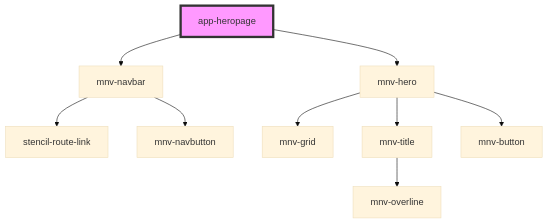
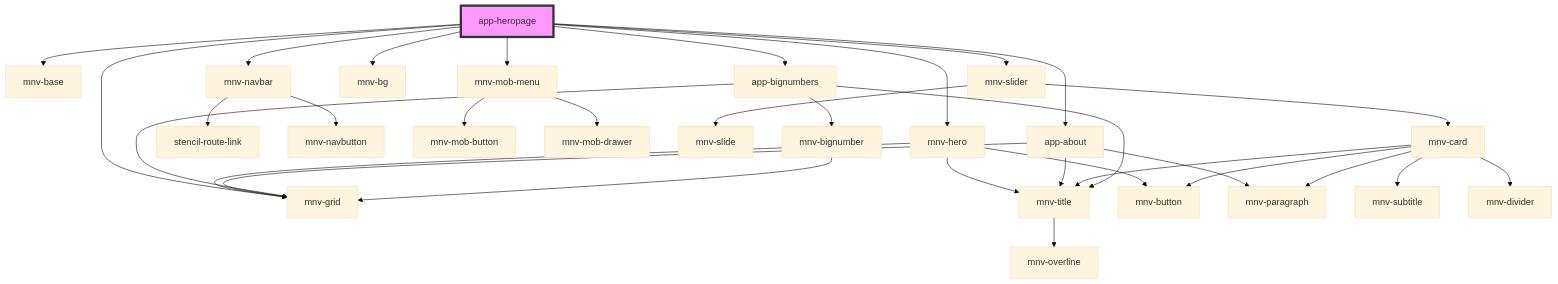
One commit to rafaela-vairo/ufrj-sustainable changed the diagram in src/components/app-pages/app-heropage/readme.md. Above: the diagram before and after it, drawn with Mermaid (base theme). The commit also changed other lines of this file and 27 other files, not shown here.

````diff
--- a/src/components/app-pages/app-heropage/readme.md
+++ b/src/components/app-pages/app-heropage/readme.md
@@ -23,12 +30,35 @@
 ```mermaid
 graph TD;
+  app-heropage --> mnv-base
   app-heropage --> mnv-navbar
+  app-heropage --> mnv-mob-menu
   app-heropage --> mnv-hero
+  app-heropage --> mnv-bg
+  app-heropage --> app-about
+  app-heropage --> mnv-grid
+  app-heropage --> mnv-slider
+  app-heropage --> app-bignumbers
   mnv-navbar --> stencil-route-link
   mnv-navbar --> mnv-navbutton
+  mnv-mob-menu --> mnv-mob-button
+  mnv-mob-menu --> mnv-mob-drawer
   mnv-hero --> mnv-grid
   mnv-hero --> mnv-title
   mnv-hero --> mnv-button
   mnv-title --> mnv-overline
+  app-about --> mnv-grid
+  app-about --> mnv-title
+  app-about --> mnv-paragraph
+  mnv-slider --> mnv-slide
+  mnv-slider --> mnv-card
+  mnv-card --> mnv-title
+  mnv-card --> mnv-subtitle
+  mnv-card --> mnv-divider
+  mnv-card --> mnv-paragraph
+  mnv-card --> mnv-button
+  app-bignumbers --> mnv-grid
+  app-bignumbers --> mnv-title
+  app-bignumbers --> mnv-bignumber
+  mnv-bignumber --> mnv-grid
   style app-heropage fill:#f9f,stroke:#333,stroke-width:4px
 ```
````
